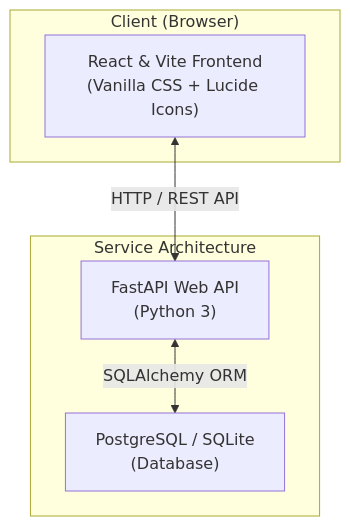
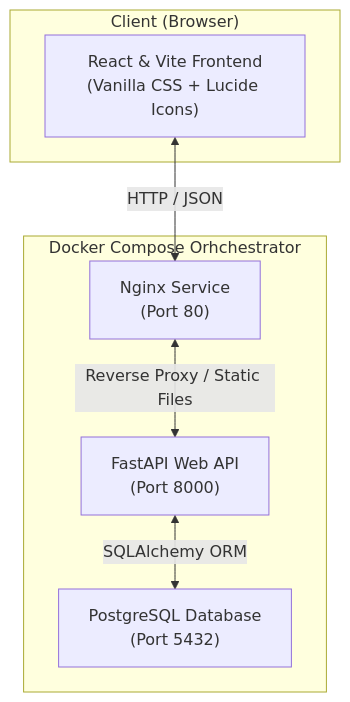
One commit to sairajnaikwade/inventory-order-management-system changed the diagram in README.md. Above: the diagram before and after it, drawn with Mermaid. The commit also changed other lines of this file, not shown here.

````diff
--- a/README.md
+++ b/README.md
@@ -11,14 +11,16 @@
 ```mermaid
 graph TD
     subgraph Client ["Client (Browser)"]
         React["React & Vite Frontend<br>(Vanilla CSS + Lucide Icons)"]
     end
 
-    subgraph ServiceOrchestration ["Service Architecture"]
-        FastAPI["FastAPI Web API<br>(Python 3)"]
-        Postgres["PostgreSQL / SQLite<br>(Database)"]
+    subgraph ServiceOrchestration ["Docker Compose Orhchestrator"]
+        Nginx["Nginx Service<br>(Port 80)"]
+        FastAPI["FastAPI Web API<br>(Port 8000)"]
+        Postgres["PostgreSQL Database<br>(Port 5432)"]
     end
 
-    React <--> |HTTP / REST API| FastAPI
+    React <--> |HTTP / JSON| Nginx
+    Nginx <--> |Reverse Proxy / Static Files| FastAPI
     FastAPI <--> |SQLAlchemy ORM| Postgres
 ```
````
